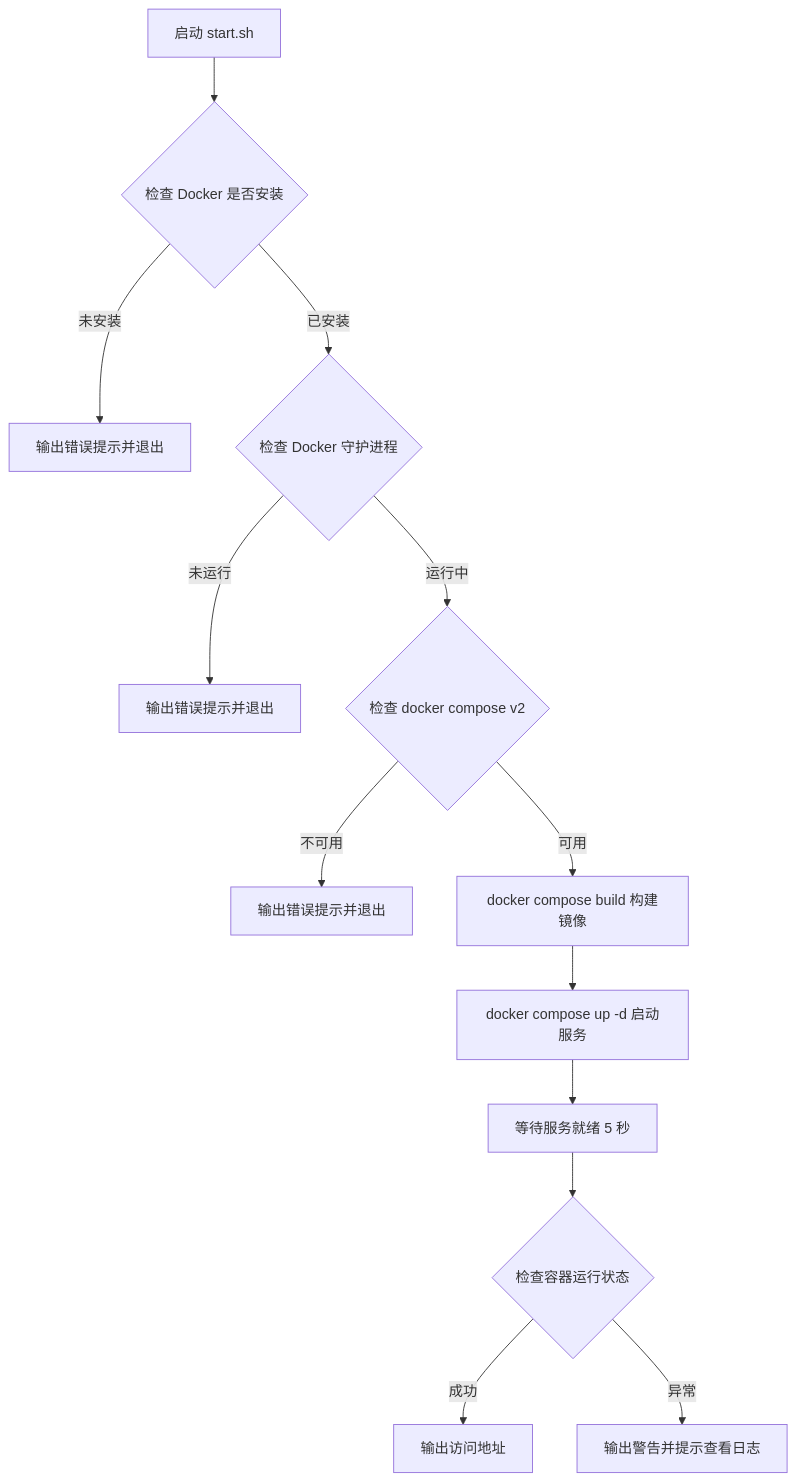
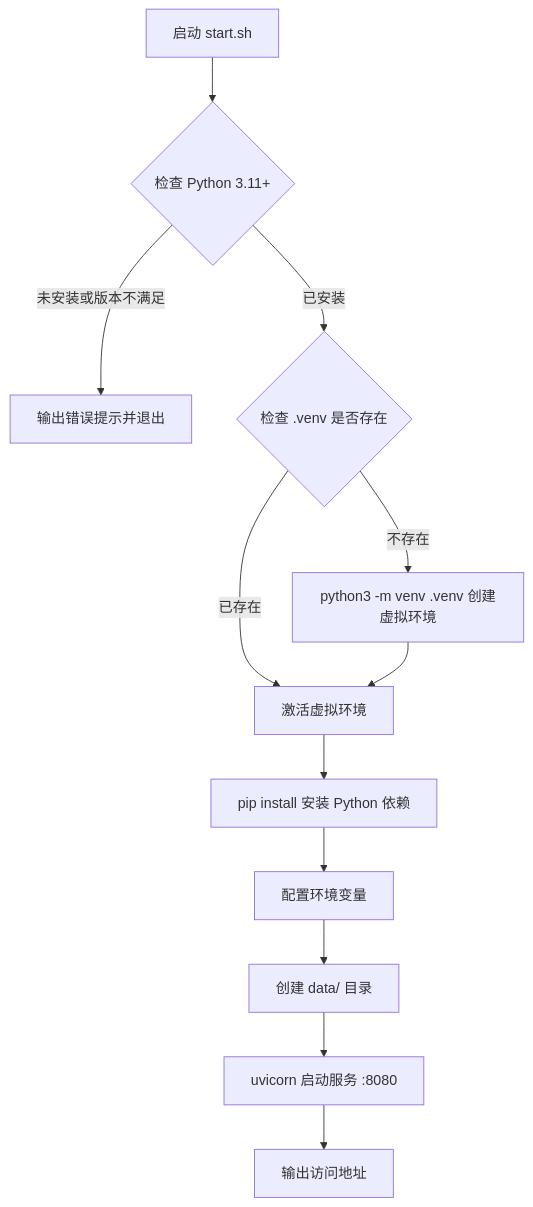
One commit to SevenLv/air_memory changed the first of 2 diagrams in doc/deploy_guide.md. Above: the diagram before and after it, drawn with Mermaid. The commit also changed other lines of this file and 6 other files, not shown here.

````diff
--- a/doc/deploy_guide.md
+++ b/doc/deploy_guide.md
@@ -89,15 +115,14 @@
 ```mermaid
 flowchart TD
-    A[启动 start.sh] --> B{检查 Docker 是否安装}
-    B -->|未安装| C[输出错误提示并退出]
-    B -->|已安装| D{检查 Docker 守护进程}
-    D -->|未运行| E[输出错误提示并退出]
-    D -->|运行中| F{检查 docker compose v2}
-    F -->|不可用| G[输出错误提示并退出]
-    F -->|可用| H[docker compose build 构建镜像]
-    H --> I[docker compose up -d 启动服务]
-    I --> J[等待服务就绪 5 秒]
-    J --> K{检查容器运行状态}
-    K -->|成功| L[输出访问地址]
-    K -->|异常| M[输出警告并提示查看日志]
+    A[启动 start.sh] --> B{检查 Python 3.11+}
+    B -->|未安装或版本不满足| C[输出错误提示并退出]
+    B -->|已安装| D{检查 .venv 是否存在}
+    D -->|不存在| E[python3 -m venv .venv 创建虚拟环境]
+    D -->|已存在| F[激活虚拟环境]
+    E --> F
+    F --> G[pip install 安装 Python 依赖]
+    G --> H[配置环境变量]
+    H --> I[创建 data/ 目录]
+    I --> J[uvicorn 启动服务 :8080]
+    J --> K[输出访问地址]
 ```
````
